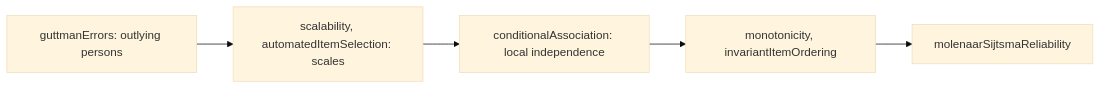
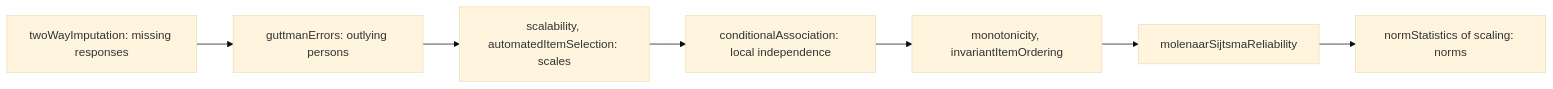
One commit to measurekit/measurekit changed the first of 2 diagrams in docs/psychometrics/mokken.md. Above: the diagram before and after it, drawn with Mermaid (base theme). The commit also changed other lines of this file and 16 other files, not shown here.

First line of the commit message:
Add twoWayImputation and normStatistics, steps 2 and 9 of a Mokken scale analysis, against mokken and base R

````diff
--- a/docs/psychometrics/mokken.md
+++ b/docs/psychometrics/mokken.md
@@ -11,7 +11,9 @@
 ```mermaid
 flowchart LR
-  E["guttmanErrors: outlying persons"] --> H["scalability, automatedItemSelection: scales"]
+  I["twoWayImputation: missing responses"] --> E["guttmanErrors: outlying persons"]
+  E --> H["scalability, automatedItemSelection: scales"]
   H --> C["conditionalAssociation: local independence"]
   C --> M["monotonicity, invariantItemOrdering"]
   M --> R["molenaarSijtsmaReliability"]
+  R --> N["normStatistics of scaling: norms"]
 ```
````
